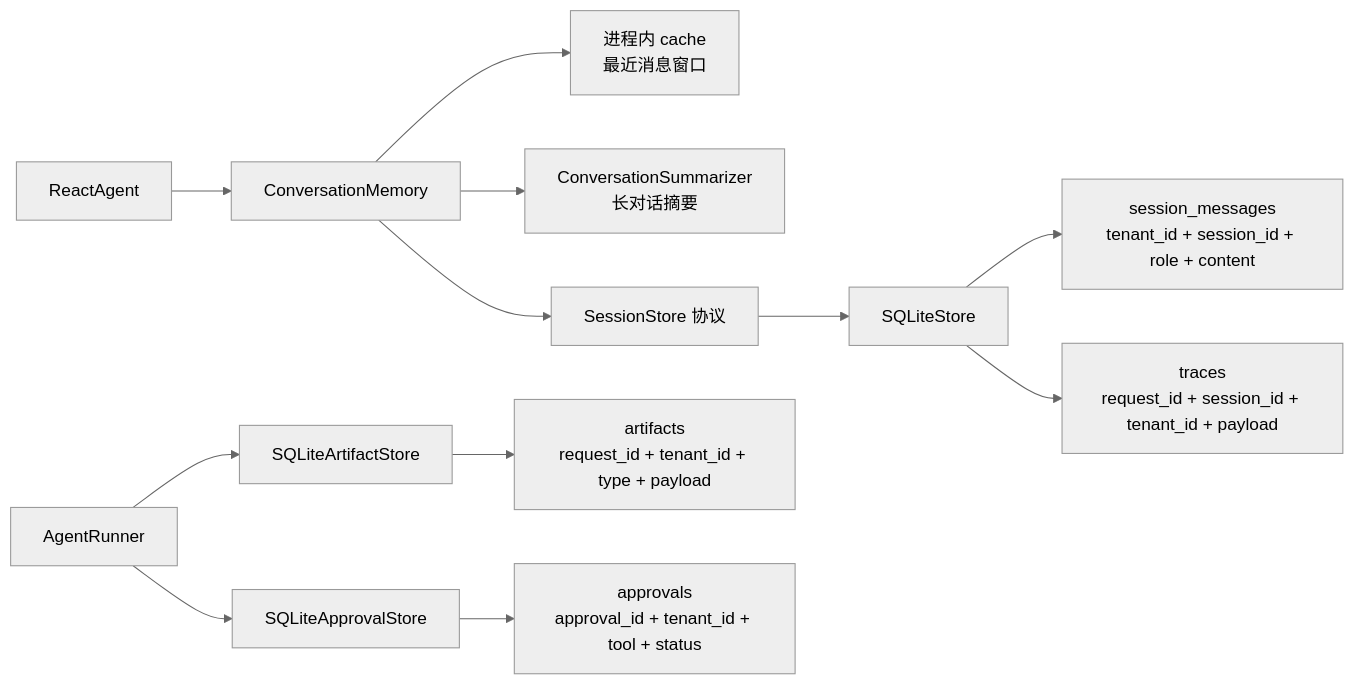
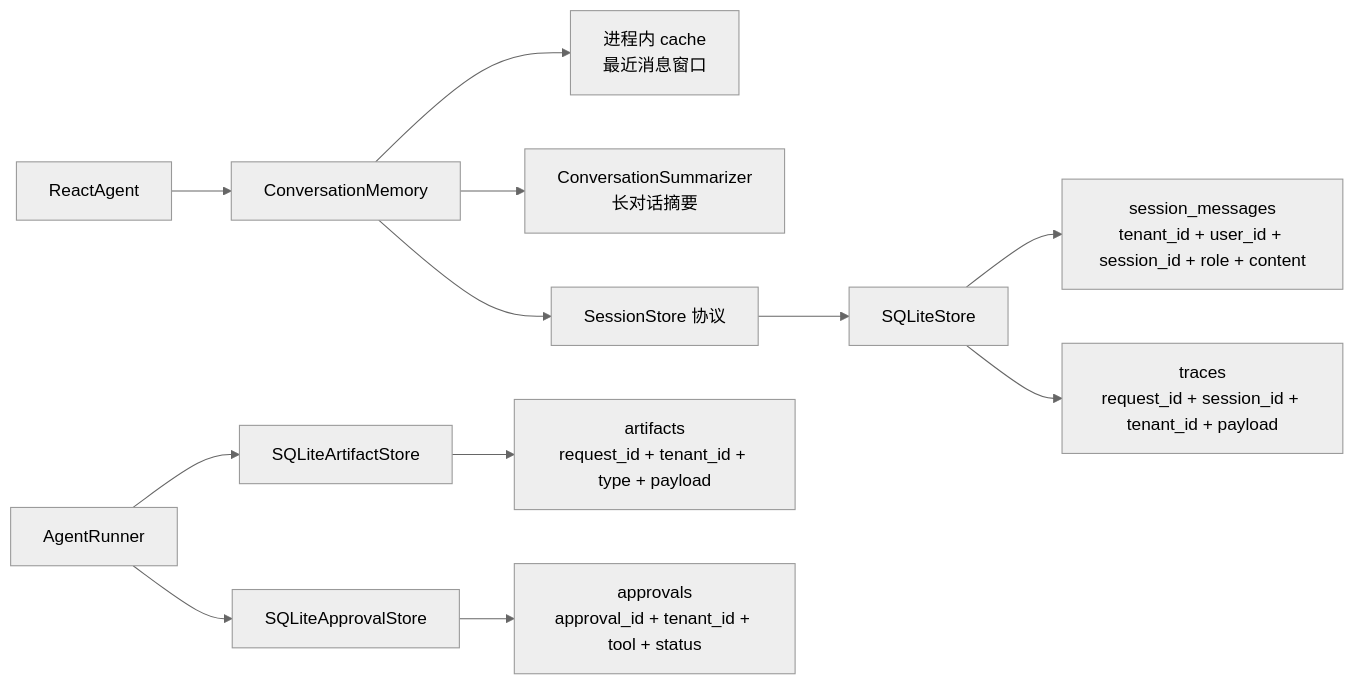
Before and after one commit to sleeping-Zack/agentproject: diagram 13 of 20 in README.md, drawn with Mermaid (neutral theme). The commit also changed other lines of this file and 53 other files, not shown here.

````diff
--- a/README.md
+++ b/README.md
@@ -608,17 +649,17 @@
 ```mermaid
 flowchart LR
     Agent["ReactAgent"] --> Memory["ConversationMemory"]
     Memory --> Cache["进程内 cache\n最近消息窗口"]
     Memory --> Summary["ConversationSummarizer\n长对话摘要"]
     Memory --> Store["SessionStore 协议"]
     Store --> SQLite["SQLiteStore"]
 
-    SQLite --> SessionTable["session_messages\ntenant_id + session_id + role + content"]
+    SQLite --> SessionTable["session_messages\ntenant_id + user_id + session_id + role + content"]
     SQLite --> TraceTable["traces\nrequest_id + session_id + tenant_id + payload"]
 
     Runner["AgentRunner"] --> ArtifactStore["SQLiteArtifactStore"]
     ArtifactStore --> ArtifactTable["artifacts\nrequest_id + tenant_id + type + payload"]
 
     Runner --> ApprovalStore["SQLiteApprovalStore"]
     ApprovalStore --> ApprovalTable["approvals\napproval_id + tenant_id + tool + status"]
 ```
````
